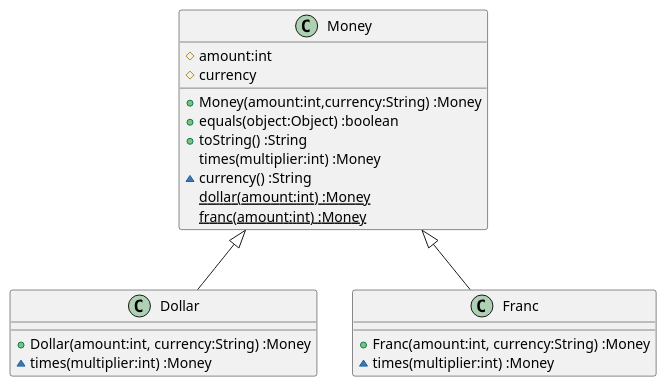
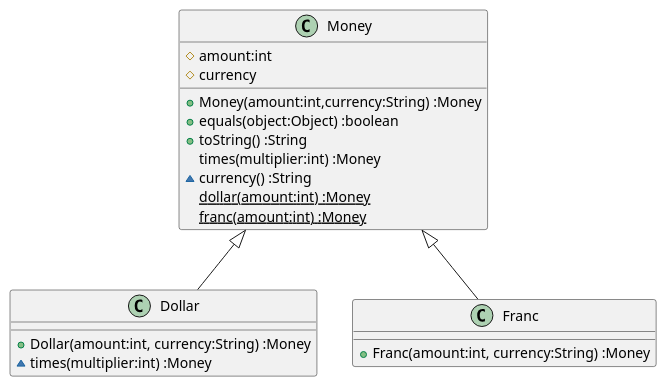
One commit to k2works/etude_for_java changed the diagram in docs/src/TDD.md. Above: the diagram before and after it, drawn with PlantUML. The commit also changed 3 other files, not shown here.

````diff
--- a/docs/src/TDD.md
+++ b/docs/src/TDD.md
@@ -62,23 +62,22 @@
 ```puml
 class Dollar {
   +Dollar(amount:int, currency:String) :Money
   ~times(multiplier:int) :Money
 }
 class Franc {
   +Franc(amount:int, currency:String) :Money
-  ~times(multiplier:int) :Money
 }
 class Money {
   #amount:int
   #currency  
   +Money(amount:int,currency:String) :Money
   +equals(object:Object) :boolean  
   +toString() :String
   times(multiplier:int) :Money
   ~currency() :String
   {static} dollar(amount:int) :Money
   {static} franc(amount:int) :Money  
 }
 Money <|-- Dollar
 Money <|-- Franc
 ```
````
